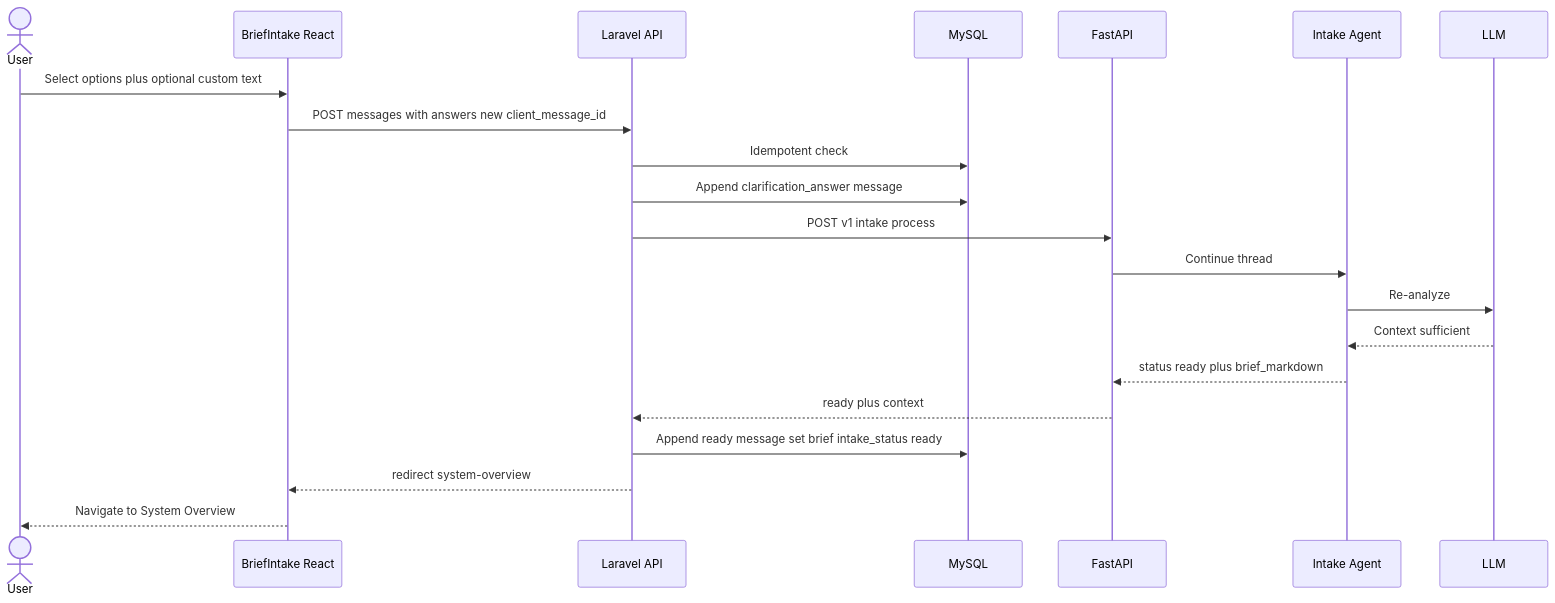
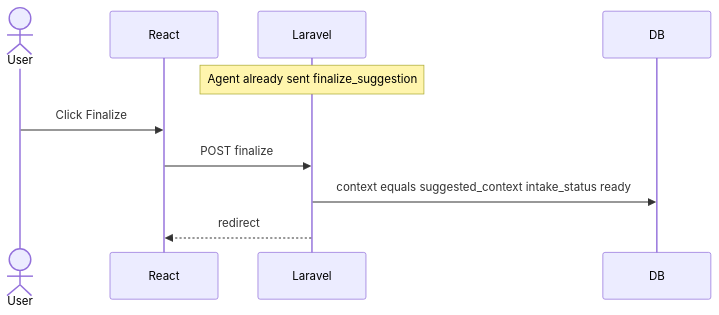
One commit to MohamedThabt/sirius changed the fourth of 5 diagrams in docs/v0.2/v0.2.1/use-cases/uc-001-flexible-brief-intake.md. Above: the diagram before and after it, drawn with Mermaid. The commit also changed other lines of this file and 1 other file, not shown here.

First line of the commit message:
feat: add DB migration plan for Project Intake context

````diff
--- a/docs/v0.2/v0.2.1/use-cases/uc-001-flexible-brief-intake.md
+++ b/docs/v0.2/v0.2.1/use-cases/uc-001-flexible-brief-intake.md
@@ -691,24 +766,13 @@
 ```mermaid
 sequenceDiagram
     actor User
-    participant React as BriefIntake React
-    participant Laravel as Laravel API
-    participant DB as MySQL
-    participant FastAPI as FastAPI
-    participant Agent as Intake Agent
-    participant LLM as LLM
+    participant React
+    participant Laravel
+    participant DB
 
-    User->>React: Select options plus optional custom text
-    React->>Laravel: POST messages with answers new client_message_id
-    Laravel->>DB: Idempotent check
-    Laravel->>DB: Append clarification_answer message
-    Laravel->>FastAPI: POST v1 intake process
-    FastAPI->>Agent: Continue thread
-    Agent->>LLM: Re-analyze
-    LLM-->>Agent: Context sufficient
-    Agent-->>FastAPI: status ready plus brief_markdown
-    FastAPI-->>Laravel: ready plus context
-    Laravel->>DB: Append ready message set brief intake_status ready
-    Laravel-->>React: redirect system-overview
-    React-->>User: Navigate to System Overview
+    Note over Laravel: Agent already sent finalize_suggestion
+    User->>React: Click Finalize
+    React->>Laravel: POST finalize
+    Laravel->>DB: context equals suggested_context intake_status ready
+    Laravel-->>React: redirect
 ```
````
